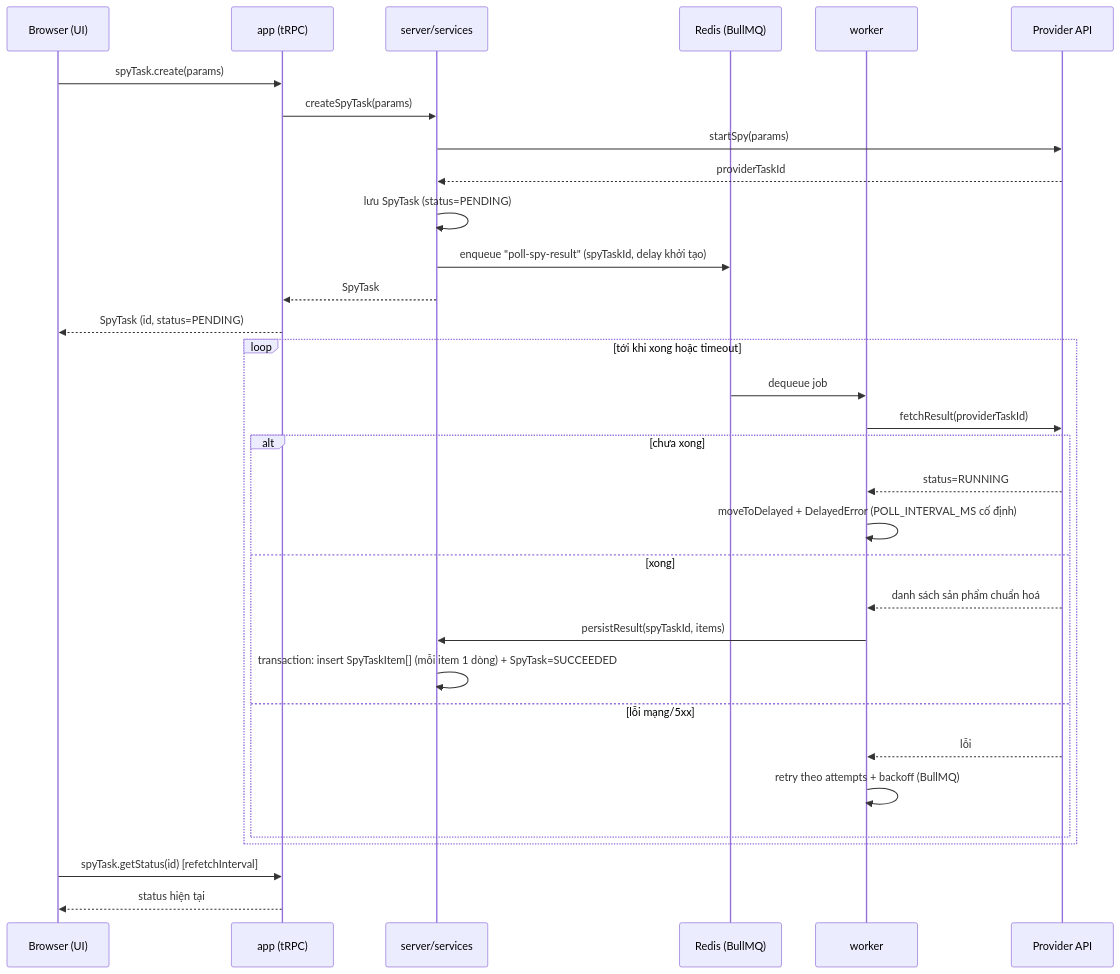
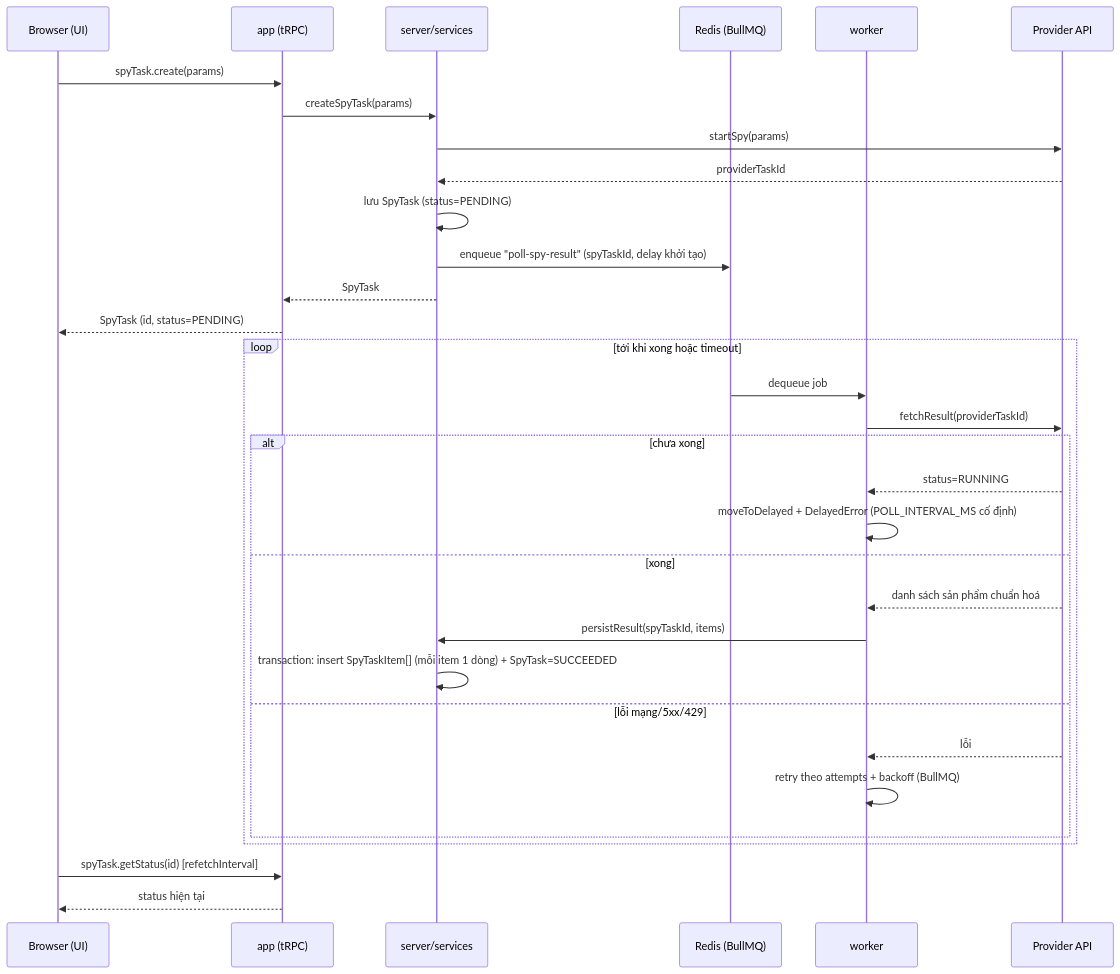
Before and after one commit to JSDNG/tiktok-spy: the diagram in docs/02-architecture/job-pipeline.md, drawn with Mermaid. The commit also changed other lines of this file and 6 other files, not shown here.

````diff
--- a/docs/02-architecture/job-pipeline.md
+++ b/docs/02-architecture/job-pipeline.md
@@ -5,37 +5,37 @@
 ```mermaid
 sequenceDiagram
     participant UI as Browser (UI)
     participant App as app (tRPC)
     participant Svc as server/services
     participant Q as Redis (BullMQ)
     participant W as worker
     participant P as Provider API
 
     UI->>App: spyTask.create(params)
     App->>Svc: createSpyTask(params)
     Svc->>P: startSpy(params)
     P-->>Svc: providerTaskId
     Svc->>Svc: lưu SpyTask (status=PENDING)
     Svc->>Q: enqueue "poll-spy-result" (spyTaskId, delay khởi tạo)
     Svc-->>App: SpyTask
     App-->>UI: SpyTask (id, status=PENDING)
 
     loop tới khi xong hoặc timeout
         Q->>W: dequeue job
         W->>P: fetchResult(providerTaskId)
         alt chưa xong
             P-->>W: status=RUNNING
             W->>W: moveToDelayed + DelayedError (POLL_INTERVAL_MS cố định)
         else xong
             P-->>W: danh sách sản phẩm chuẩn hoá
             W->>Svc: persistResult(spyTaskId, items)
             Svc->>Svc: transaction: insert SpyTaskItem[] (mỗi item 1 dòng) + SpyTask=SUCCEEDED
-        else lỗi mạng/5xx
+        else lỗi mạng/5xx/429
             P-->>W: lỗi
             W->>W: retry theo attempts + backoff (BullMQ)
         end
     end
 
     UI->>App: spyTask.getStatus(id) [refetchInterval]
     App-->>UI: status hiện tại
 ```
````
